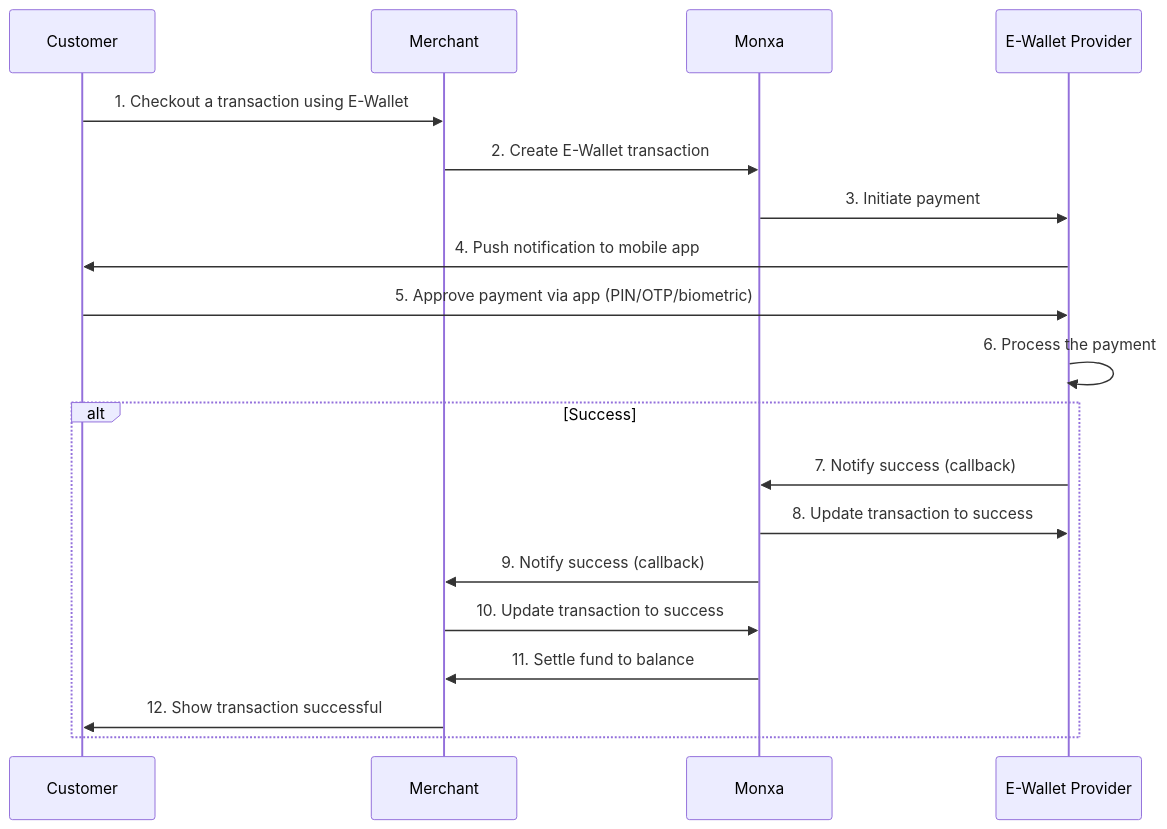
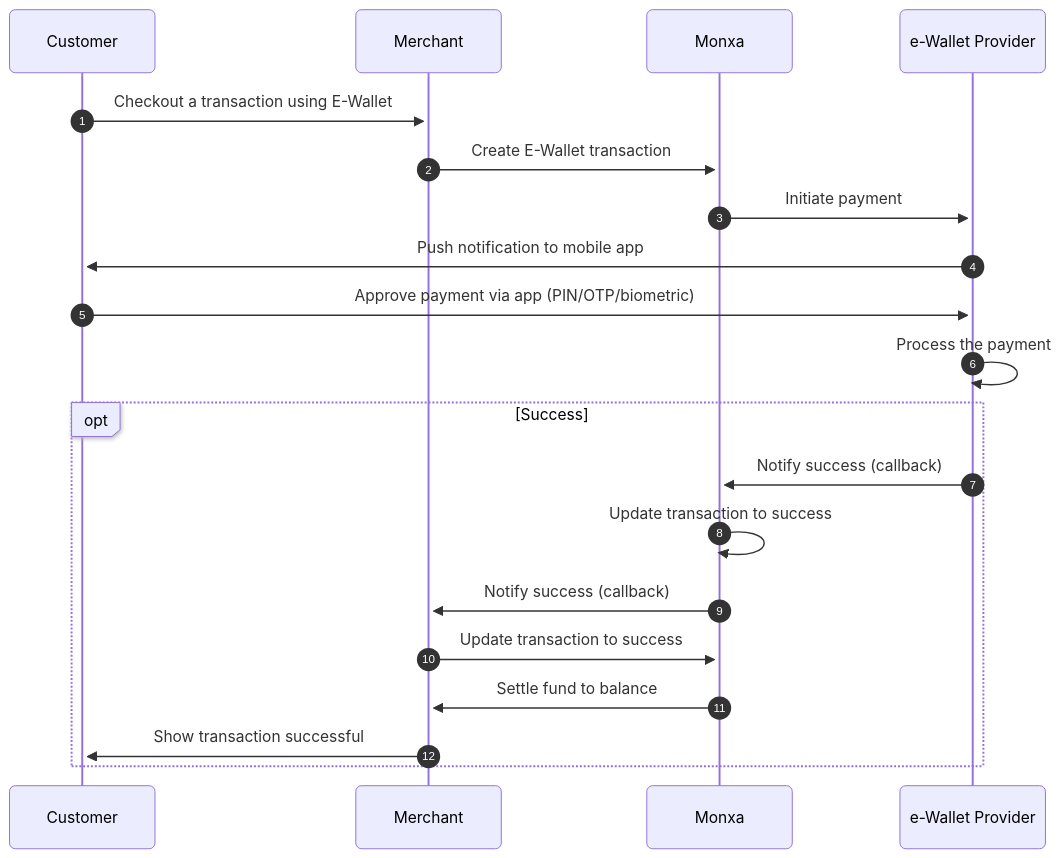
The second of 2 diagrams in payments/payment-methods/wallets.mdx (monxadev/docs), drawn with Mermaid before and after one commit. The commit also changed other lines of this file, not shown here.

Commit message:
Documentation edits made through Mintlify web editor

````diff
--- a/payments/payment-methods/wallets.mdx
+++ b/payments/payment-methods/wallets.mdx
@@ -107,23 +107,27 @@
     ```mermaid
+    ---
+    config:
+      look: neo
+    ---
     sequenceDiagram
-        participant Customer
-        participant Merchant
-        participant Monxa
-        participant Wallet as E-Wallet Provider
+      participant Customer as Customer
+      participant Merchant as Merchant
+      participant Monxa as Monxa
+      participant Wallet as e-Wallet Provider
     
-        Customer ->> Merchant: 1. Checkout a transaction using E-Wallet
-        Merchant ->> Monxa: 2. Create E-Wallet transaction
-        Monxa ->> Wallet: 3. Initiate payment
-        Wallet ->> Customer: 4. Push notification to mobile app
-        Customer ->> Wallet: 5. Approve payment via app (PIN/OTP/biometric)
-        Wallet ->> Wallet: 6. Process the payment
-    
-        alt Success
-            Wallet ->> Monxa: 7. Notify success (callback)
-            Monxa ->> Wallet: 8. Update transaction to success
-            Monxa ->> Merchant: 9. Notify success (callback)
-            Merchant ->> Monxa: 10. Update transaction to success
-            Monxa ->> Merchant: 11. Settle fund to balance
-            Merchant ->> Customer: 12. Show transaction successful
-        end
+      autonumber
+      Customer ->> Merchant: Checkout a transaction using E-Wallet
+      Merchant ->> Monxa: Create E-Wallet transaction
+      Monxa ->> Wallet: Initiate payment
+      Wallet ->> Customer: Push notification to mobile app
+      Customer ->> Wallet: Approve payment via app (PIN/OTP/biometric)
+      Wallet ->> Wallet: Process the payment
+      opt Success
+        Wallet ->> Monxa: Notify success (callback)
+        Monxa ->> Monxa: Update transaction to success
+        Monxa ->> Merchant: Notify success (callback)
+        Merchant ->> Monxa: Update transaction to success
+        Monxa ->> Merchant: Settle fund to balance
+        Merchant ->> Customer: Show transaction successful
+      end
     ```
````
